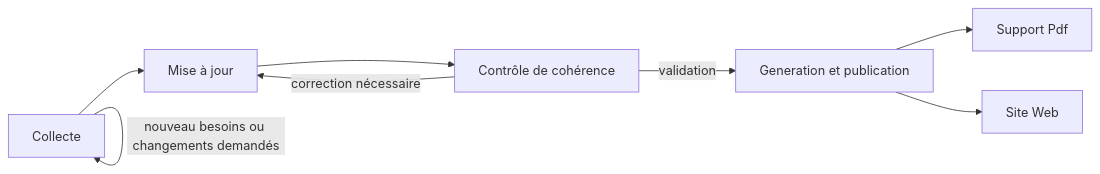
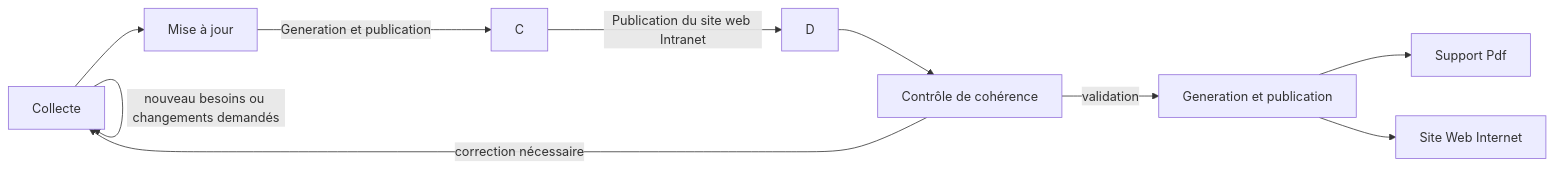
Before and after one commit to dnum-mi/cct-mi: the diagram in content/fr/1-chapeau/xx-contribution-au-cct.md, drawn with Mermaid. The commit also changed other lines of this file, not shown here.

````diff
--- a/content/fr/1-chapeau/xx-contribution-au-cct.md
+++ b/content/fr/1-chapeau/xx-contribution-au-cct.md
@@ -6,11 +6,13 @@
 ```mermaid
 flowchart LR
     A[Collecte] --> B[Mise à jour]
     A -->|nouveau besoins ou changements demandés| A
-    B --> C[Contrôle de cohérence]
-    C -->|correction nécessaire| B
-    C -->|validation| E[Generation et publication]
-    E --> F[Support Pdf] 
-    E --> G[Site Web]
+    B -->|Generation et publication| C
+    C-->|Publication du site web Intranet| D
+    D --> E[Contrôle de cohérence]
+    E -->|correction nécessaire| A
+    E -->|validation| F[Generation et publication]
+    F --> G[Support Pdf] 
+    F --> H[Site Web Internet]
 
 ```
````
